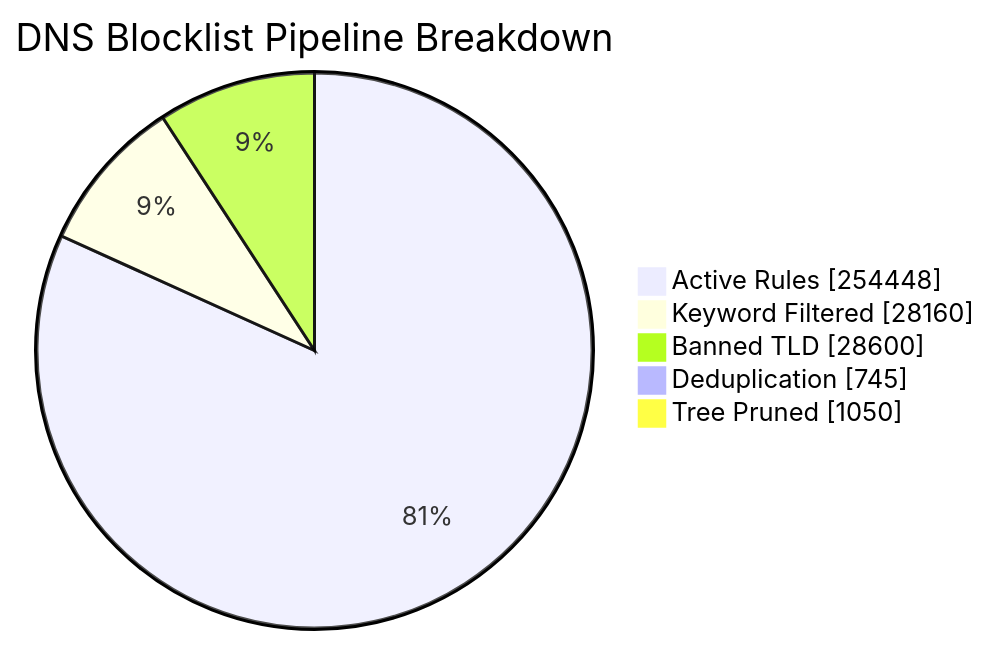
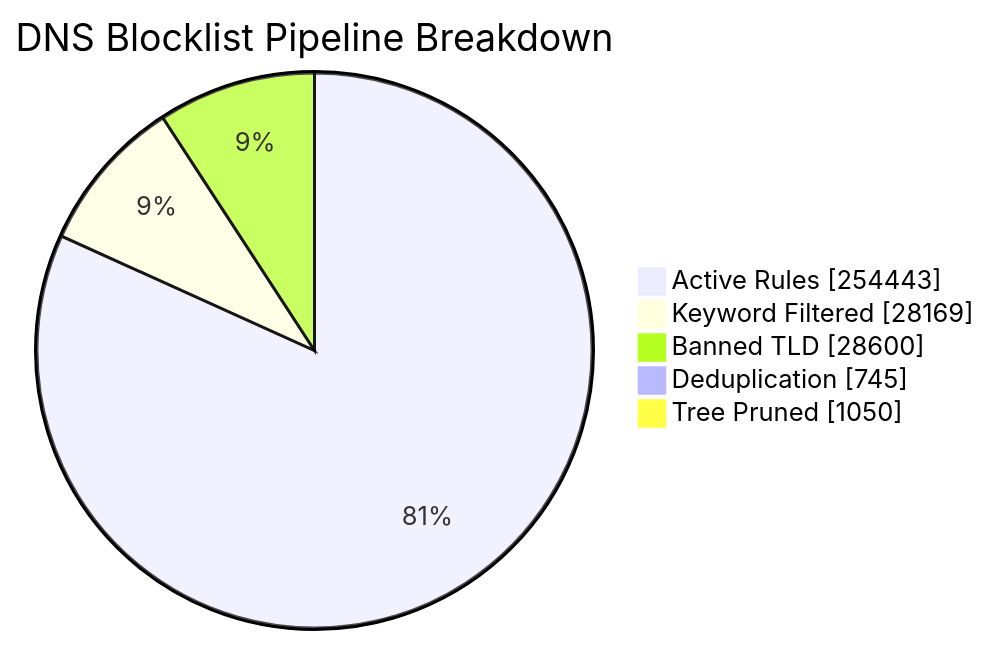
The first of 6 diagrams in README_STATS.md (brojangles24/Cloudflare-ZeroTrust-AdBlock), drawn with Mermaid before and after one commit. The commit also changed other lines of this file and 1 other file, not shown here.

````diff
--- a/README_STATS.md
+++ b/README_STATS.md
@@ -41,8 +41,8 @@
 ```mermaid
 pie showData title DNS Blocklist Pipeline Breakdown
-    "Active Rules"     : 254448
-    "Keyword Filtered" : 28160
+    "Active Rules"     : 254443
+    "Keyword Filtered" : 28169
     "Banned TLD"       : 28600
     "Deduplication"    : 745
     "Tree Pruned"      : 1050
 ```
````
